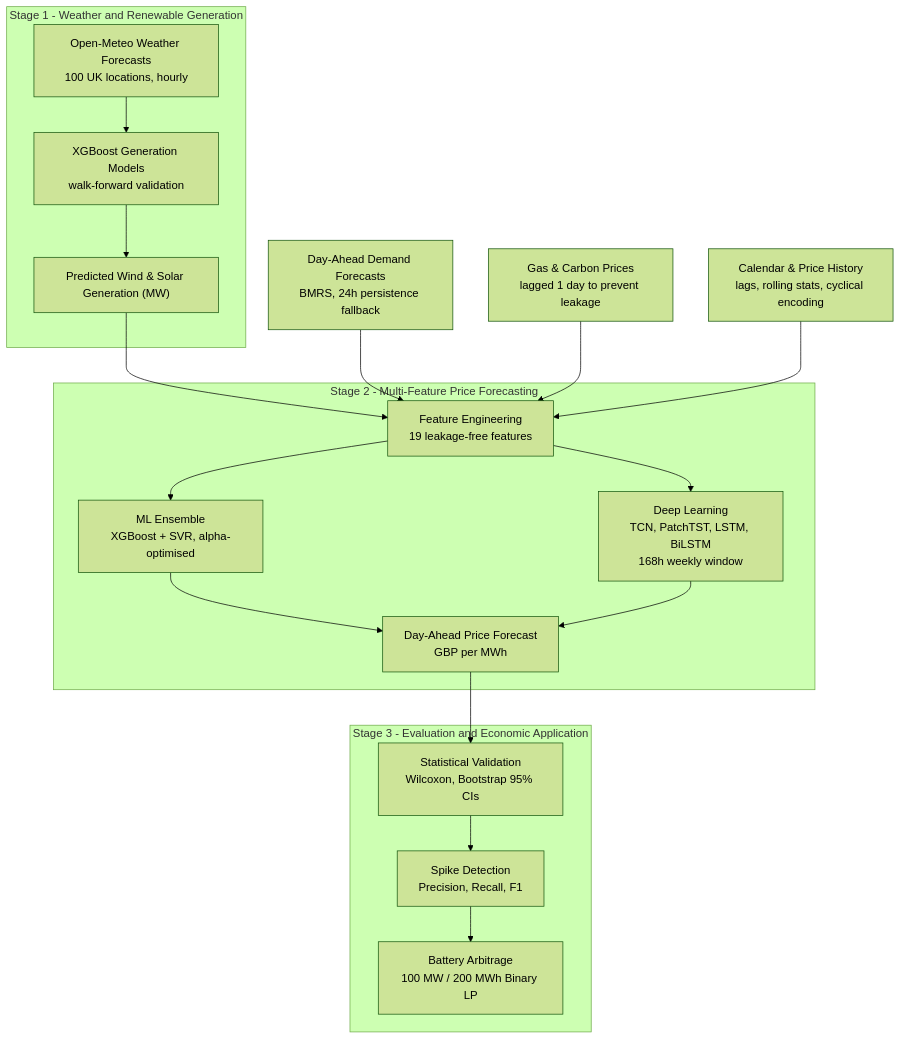
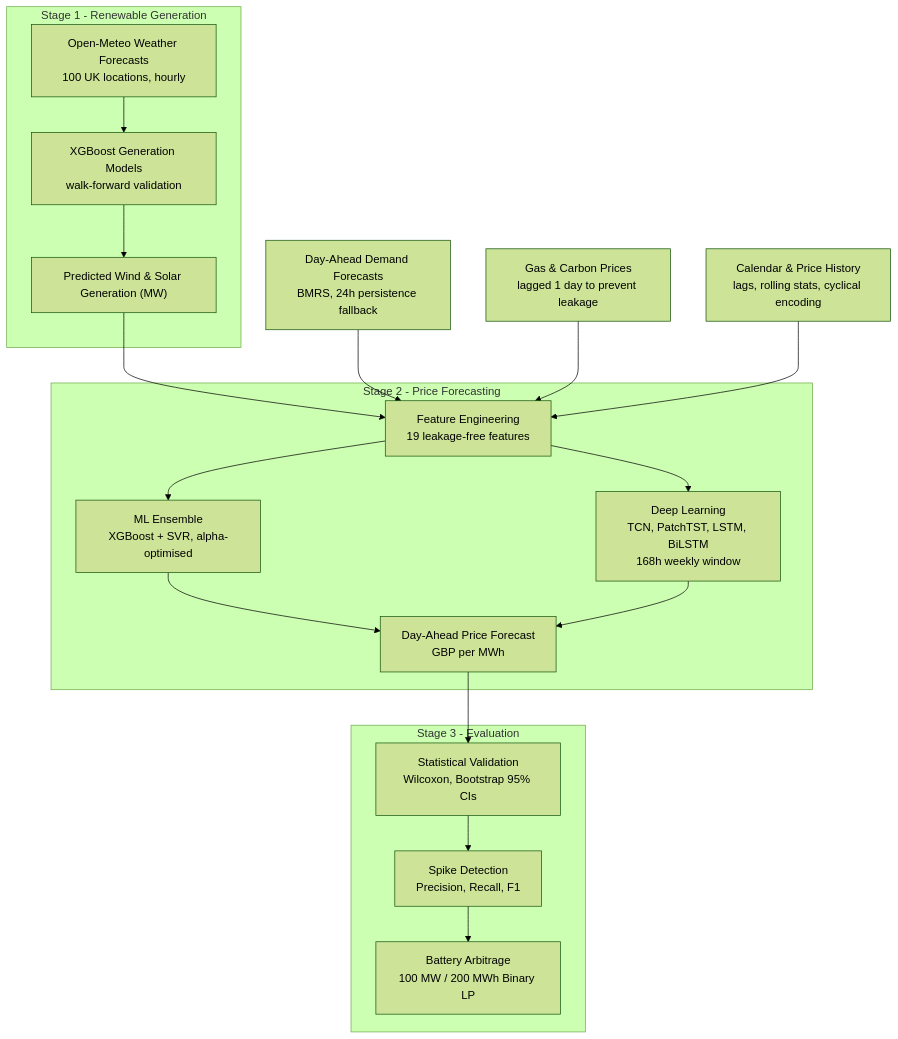
Before and after one commit to younis-y/UK-Electricity-Price-Forecasting-Project: the diagram in README.md, drawn with Mermaid (forest theme).

Commit message:
fix: shorten subgraph titles to prevent cutoff in Mermaid

````diff
--- a/README.md
+++ b/README.md
@@ -64,35 +64,35 @@
 ```mermaid
 flowchart TD
-    subgraph S1["Stage 1 - Weather and Renewable Generation"]
+    subgraph S1["Stage 1 - Renewable Generation"]
         W["Open-Meteo Weather Forecasts<br/>100 UK locations, hourly"]
         XG1["XGBoost Generation Models<br/>walk-forward validation"]
         REN["Predicted Wind & Solar Generation (MW)"]
         W --> XG1 --> REN
     end
 
     D["Day-Ahead Demand Forecasts<br/>BMRS, 24h persistence fallback"]
     G["Gas & Carbon Prices<br/>lagged 1 day to prevent leakage"]
     CAL["Calendar & Price History<br/>lags, rolling stats, cyclical encoding"]
 
-    subgraph S2["Stage 2 - Multi-Feature Price Forecasting"]
+    subgraph S2["Stage 2 - Price Forecasting"]
         FE["Feature Engineering<br/>19 leakage-free features"]
         ML["ML Ensemble<br/>XGBoost + SVR, alpha-optimised"]
         DL["Deep Learning<br/>TCN, PatchTST, LSTM, BiLSTM<br/>168h weekly window"]
         PRICE["Day-Ahead Price Forecast<br/>GBP per MWh"]
         FE --> ML --> PRICE
         FE --> DL --> PRICE
     end
 
-    subgraph S3["Stage 3 - Evaluation and Economic Application"]
+    subgraph S3["Stage 3 - Evaluation"]
         STAT["Statistical Validation<br/>Wilcoxon, Bootstrap 95% CIs"]
         SPIKE["Spike Detection<br/>Precision, Recall, F1"]
         BATT["Battery Arbitrage<br/>100 MW / 200 MWh Binary LP"]
         STAT --> SPIKE --> BATT
     end
 
     REN --> FE
     D --> FE
     G --> FE
     CAL --> FE
     PRICE --> STAT
 ```
````
